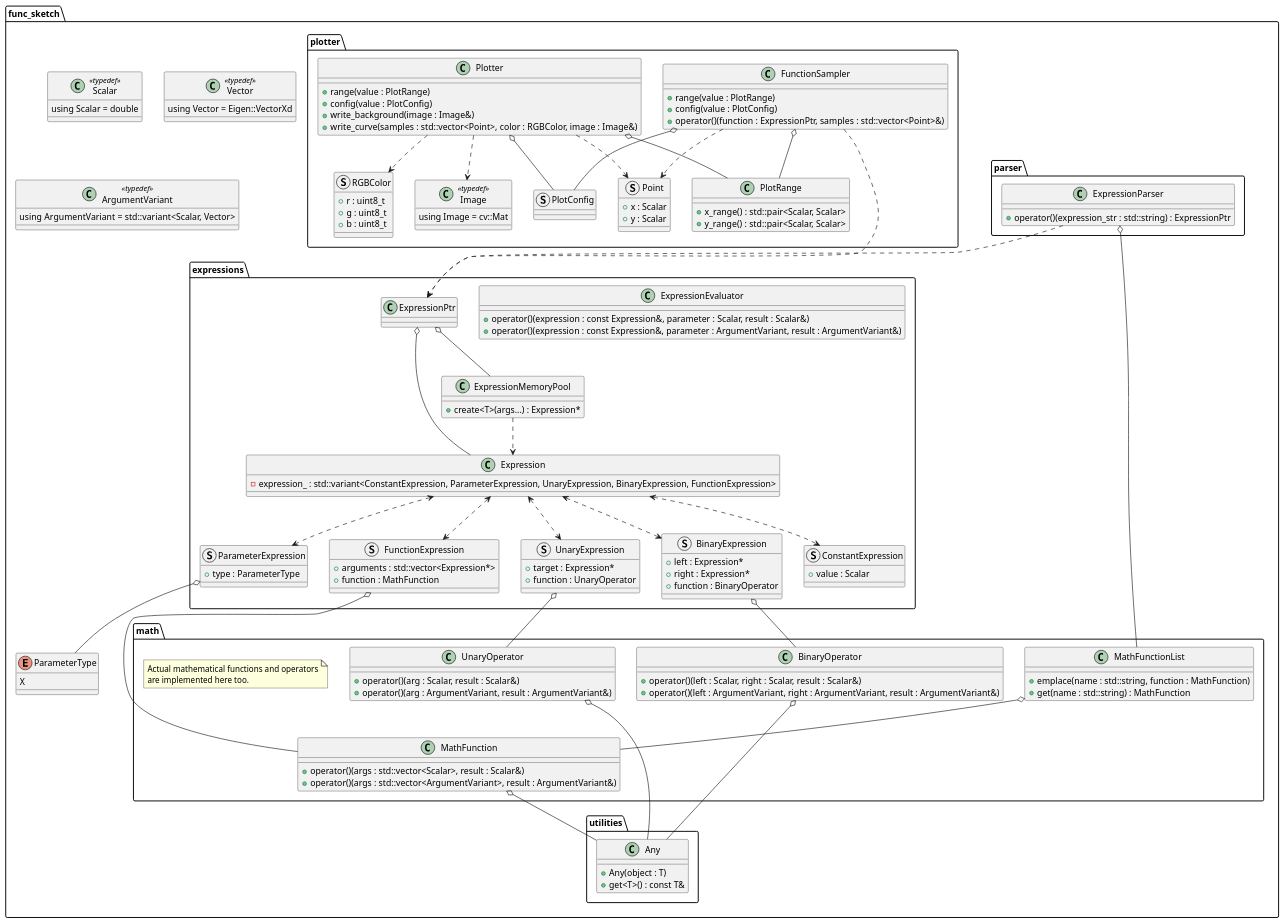
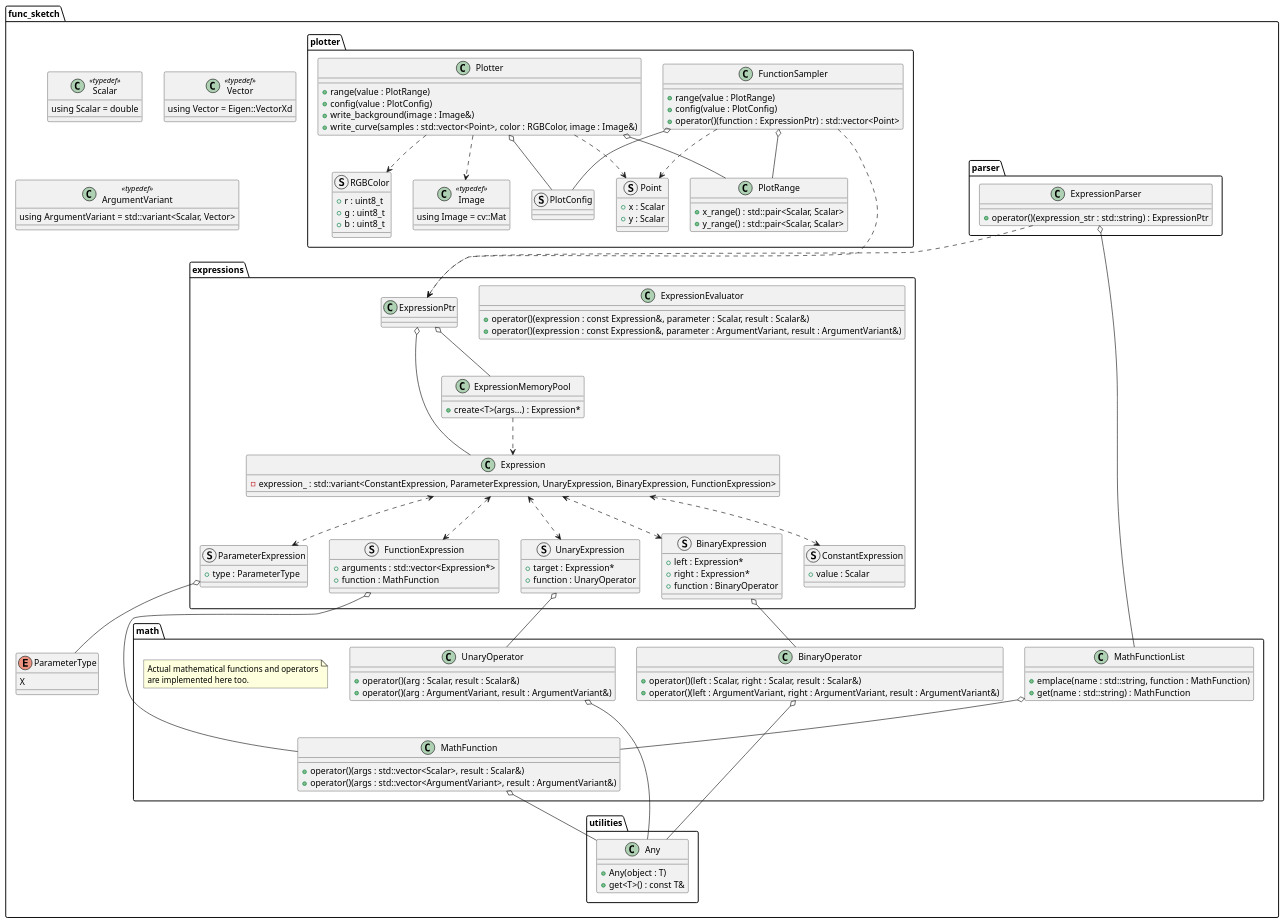
The diagram in docs/sphinx/design_notes/classes_cpp.puml (MusicScience37/FuncSketch), drawn with PlantUML before and after one commit. The commit also changed 10 other files, not shown here.

```diff
--- a/docs/sphinx/design_notes/classes_cpp.puml
+++ b/docs/sphinx/design_notes/classes_cpp.puml
@@ -1,166 +1,166 @@
 @startuml classes_cpp
 
 package func_sketch {
     class Scalar <<typedef>> {
         using Scalar = double
     }
 
     class Vector <<typedef>> {
         using Vector = Eigen::VectorXd
     }
 
     class ArgumentVariant <<typedef>> {
         using ArgumentVariant = std::variant<Scalar, Vector>
     }
 
     enum ParameterType {
         X
     }
 
     package utilities {
         class Any {
             + Any(object : T)
             + get<T>() : const T&
         }
     }
 
     package math {
         class UnaryOperator {
             + operator()(arg : Scalar, result : Scalar&)
             + operator()(arg : ArgumentVariant, result : ArgumentVariant&)
         }
         UnaryOperator o-- Any
 
         class BinaryOperator {
             + operator()(left : Scalar, right : Scalar, result : Scalar&)
             + operator()(left : ArgumentVariant, right : ArgumentVariant, result : ArgumentVariant&)
         }
         BinaryOperator o-- Any
 
         class MathFunction {
             + operator()(args : std::vector<Scalar>, result : Scalar&)
             + operator()(args : std::vector<ArgumentVariant>, result : ArgumentVariant&)
         }
         MathFunction o-- Any
 
         class MathFunctionList {
             + emplace(name : std::string, function : MathFunction)
             + get(name : std::string) : MathFunction
         }
         MathFunctionList o-- MathFunction
 
         note as math_functions_note
             Actual mathematical functions and operators
             are implemented here too.
         end note
     }
 
     package expressions {
         class Expression {
             - expression_ : std::variant<ConstantExpression, ParameterExpression, UnaryExpression, BinaryExpression, FunctionExpression>
         }
 
         struct ConstantExpression {
             + value : Scalar
         }
         Expression <..> ConstantExpression
 
         struct ParameterExpression {
             + type : ParameterType
         }
         Expression <..> ParameterExpression
         ParameterExpression o-- ParameterType
 
         struct UnaryExpression {
             + target : Expression*
             + function : UnaryOperator
         }
         Expression <..> UnaryExpression
         UnaryExpression o-- UnaryOperator
 
         struct BinaryExpression {
             + left : Expression*
             + right : Expression*
             + function : BinaryOperator
         }
         Expression <..> BinaryExpression
         BinaryExpression o-- BinaryOperator
 
         struct FunctionExpression {
             + arguments : std::vector<Expression*>
             + function : MathFunction
         }
         Expression <..> FunctionExpression
         FunctionExpression o-- MathFunction
 
         class ExpressionMemoryPool {
             + create<T>(args...) : Expression*
         }
         ExpressionMemoryPool ..> Expression
 
         class ExpressionEvaluator {
             + operator()(expression : const Expression&, parameter : Scalar, result : Scalar&)
             + operator()(expression : const Expression&, parameter : ArgumentVariant, result : ArgumentVariant&)
         }
 
         class ExpressionPtr
         ExpressionPtr o-- Expression
         ExpressionPtr o-- ExpressionMemoryPool
     }
 
     package parser {
         class ExpressionParser {
             + operator()(expression_str : std::string) : ExpressionPtr
         }
         ExpressionParser o-- MathFunctionList
         ExpressionParser ..> ExpressionPtr
     }
 
     package plotter {
         struct RGBColor {
             + r : uint8_t
             + g : uint8_t
             + b : uint8_t
         }
 
         struct Point {
             + x : Scalar
             + y : Scalar
         }
 
         class Image <<typedef>> {
             using Image = cv::Mat
         }
 
         class PlotRange {
             + x_range() : std::pair<Scalar, Scalar>
             + y_range() : std::pair<Scalar, Scalar>
         }
 
         struct PlotConfig
 
         class FunctionSampler {
             + range(value : PlotRange)
             + config(value : PlotConfig)
-            + operator()(function : ExpressionPtr, samples : std::vector<Point>&)
+            + operator()(function : ExpressionPtr) : std::vector<Point>
         }
         FunctionSampler o-- PlotRange
         FunctionSampler o-- PlotConfig
         FunctionSampler ...> ExpressionPtr
         FunctionSampler ..> Point
 
         class Plotter {
             + range(value : PlotRange)
             + config(value : PlotConfig)
             + write_background(image : Image&)
             + write_curve(samples : std::vector<Point>, color : RGBColor, image : Image&)
         }
         Plotter o-- PlotRange
         Plotter o-- PlotConfig
         Plotter ..> Point
         Plotter ..> RGBColor
         Plotter ..> Image
     }
 }
 
 @enduml
```
